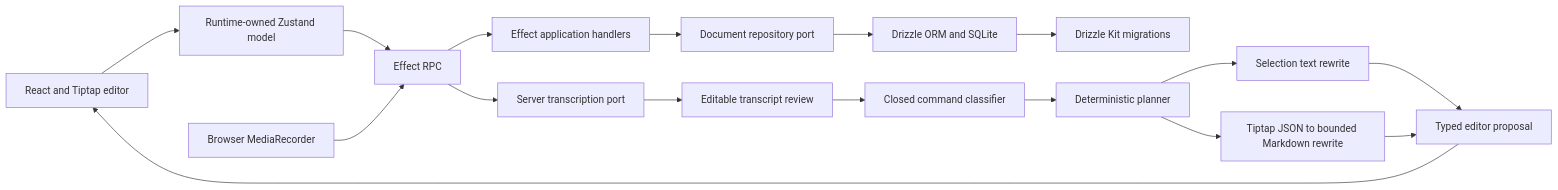
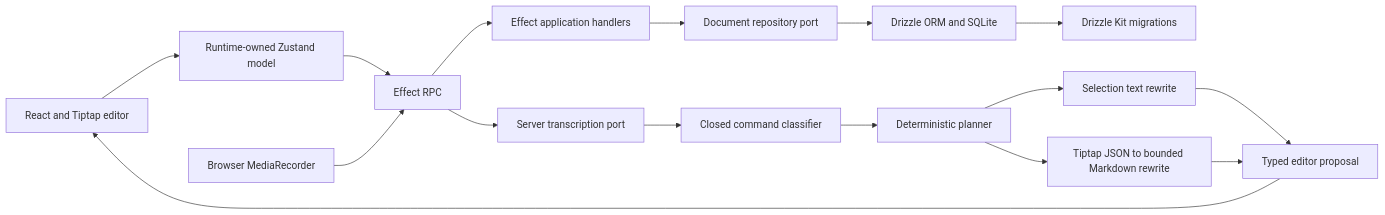
The diagram in README.md (seanstrom/sudowrite-technical), drawn with Mermaid before and after one commit. The commit also changed other lines of this file and 1 other file, not shown here.

````diff
--- a/README.md
+++ b/README.md
@@ -39,19 +39,18 @@
 ```mermaid
 flowchart LR
   Editor["React and Tiptap editor"] --> Runtime["Runtime-owned Zustand model"]
   Runtime --> RPC["Effect RPC"]
   RPC --> Application["Effect application handlers"]
   Application --> Repository["Document repository port"]
   Repository --> Storage["Drizzle ORM and SQLite"]
   Storage --> Migrations["Drizzle Kit migrations"]
   Capture["Browser MediaRecorder"] --> RPC
   RPC --> Transcription["Server transcription port"]
-  Transcription --> Review["Editable transcript review"]
-  Review --> Classifier["Closed command classifier"]
+  Transcription --> Classifier["Closed command classifier"]
   Classifier --> Planner["Deterministic planner"]
   Planner --> Selection["Selection text rewrite"]
   Planner --> Markdown["Tiptap JSON to bounded Markdown rewrite"]
   Selection --> Proposal["Typed editor proposal"]
   Markdown --> Proposal
   Proposal --> Editor
 ```
````
